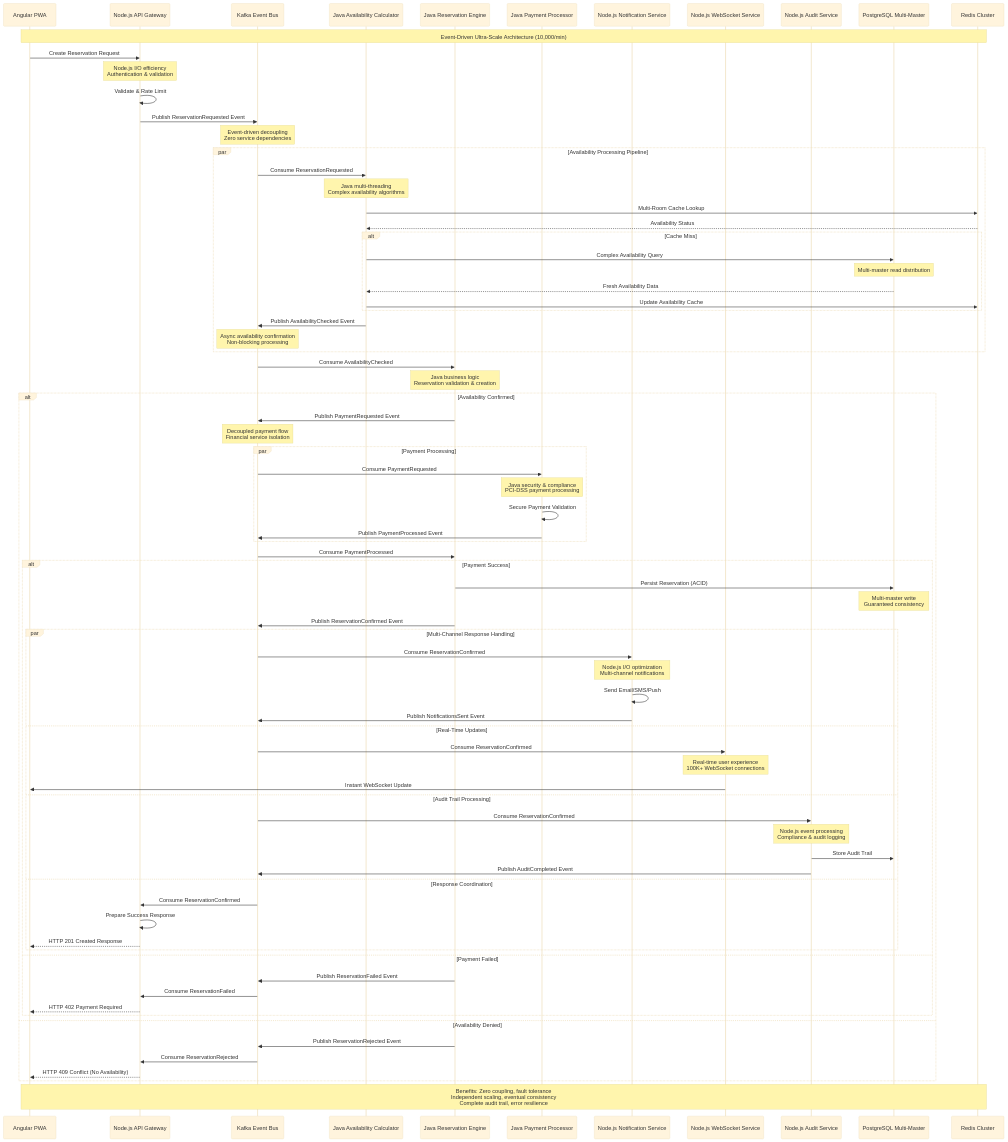
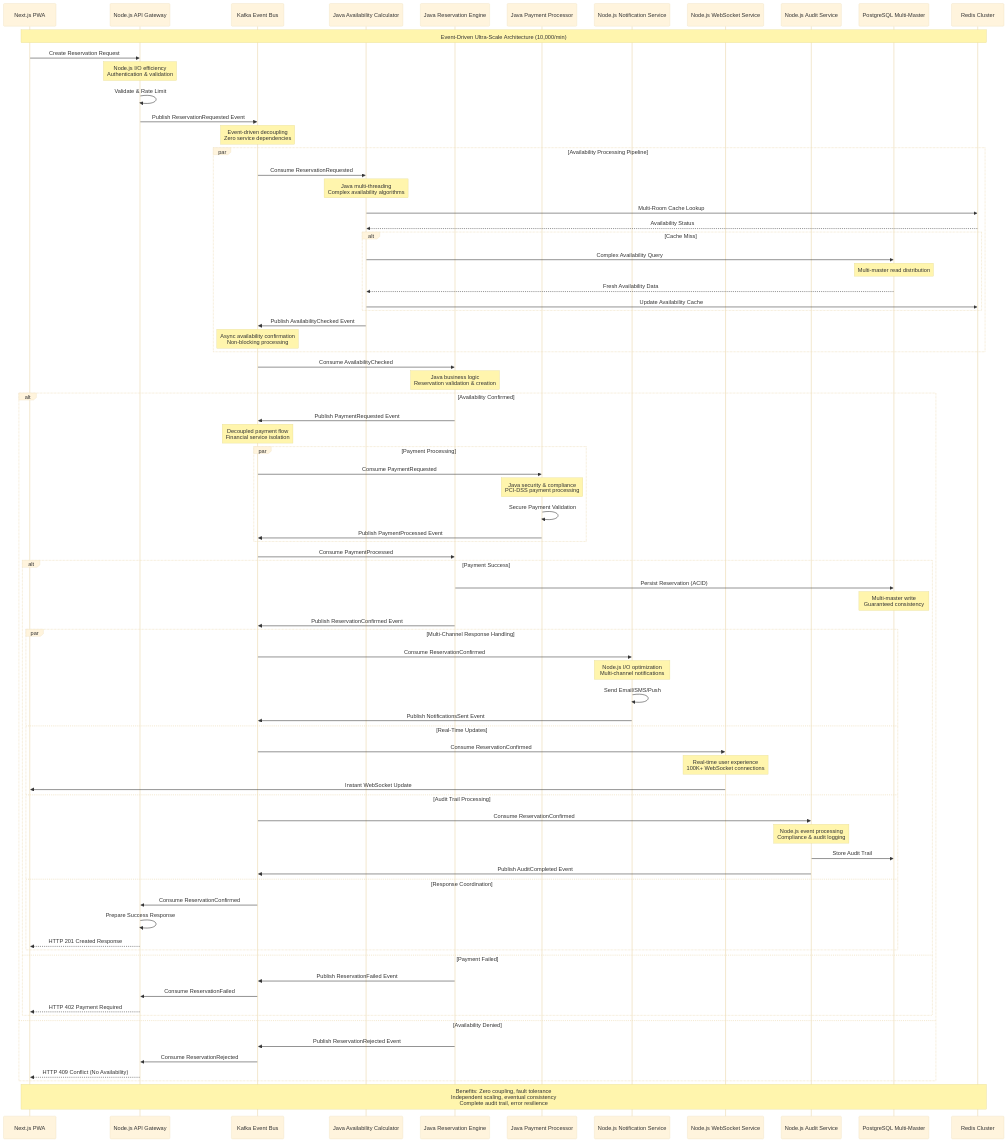
Diagram 19 of 38 in docs/product-requirements-document.md (red2n/modern-reservation), drawn with Mermaid (base theme) before and after one commit. The commit also changed other lines of this file and 8 other files, not shown here.

````diff
--- a/docs/product-requirements-document.md
+++ b/docs/product-requirements-document.md
@@ -1721,6 +1722,6 @@
 ```mermaid
 sequenceDiagram
-    participant UI as Angular PWA
+    participant UI as Next.js PWA
     participant GW as Node.js API Gateway
     participant K as Kafka Event Bus
     participant AC as Java Availability Calculator
````
